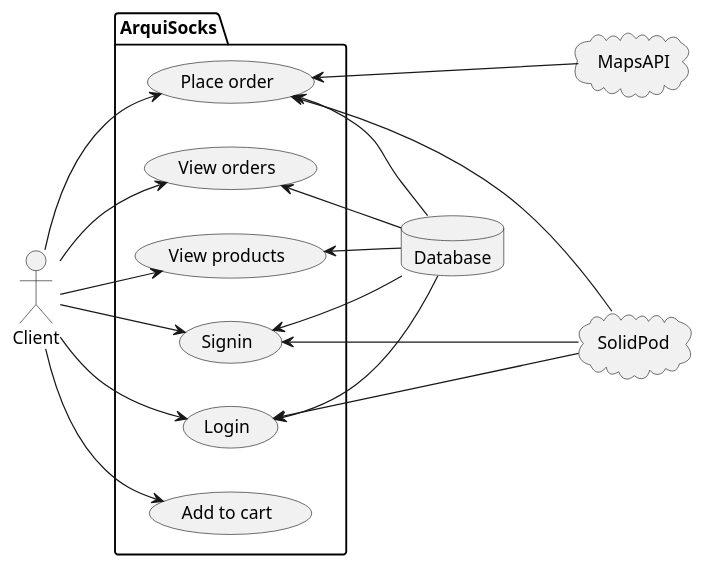
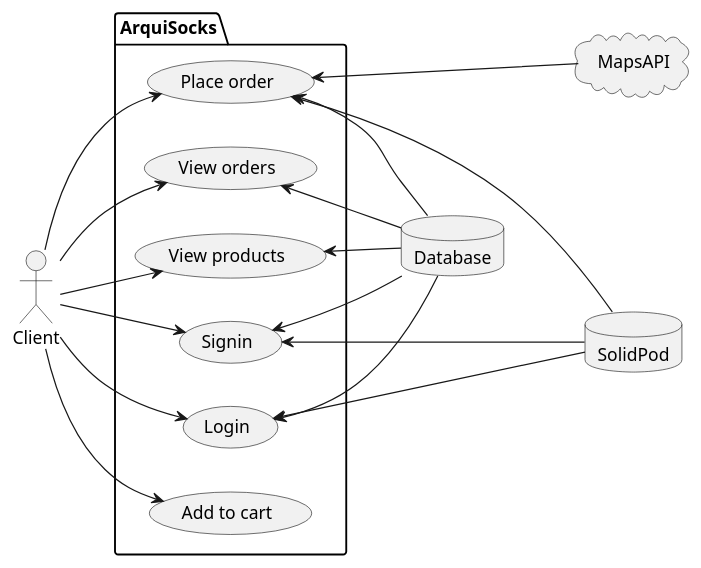
One commit to Arquisoft/dede_es5a changed the diagram in docs/01_introduction_and_goals.adoc. Above: the diagram before and after it, drawn with PlantUML. The commit also changed other lines of this file and 5 other files, not shown here.

```diff
--- a/docs/01_introduction_and_goals.adoc
+++ b/docs/01_introduction_and_goals.adoc
@@ -17,40 +17,40 @@
 [plantuml,"Sequence requirements_use_case_digram",png]
 ----
 @startuml
 
 actor Client as client
 
 left to right direction
 
 package ArquiSocks {
   usecase "Add to cart" as addToCart
   usecase "Place order" as placeOrder
   usecase "Login" as login
   usecase "Signin" as signin
   usecase "View orders" as viewOrders
   usecase "View products" as viewProducts
 }
 
 database Database
-cloud SolidPod
+database SolidPod
 cloud MapsAPI
 
 client --> viewProducts
 client --> addToCart
 client --> placeOrder
 client --> login
 client --> signin
 client --> viewOrders
 
 Database -u-> viewProducts
 Database -u-> placeOrder
 Database -u-> viewOrders
 Database -u-> signin
 Database -u-> login
 SolidPod -u--> login
 SolidPod -u--> signin
 SolidPod -u--> placeOrder
 MapsAPI -u--> placeOrder
 
 @enduml
 ----
```
